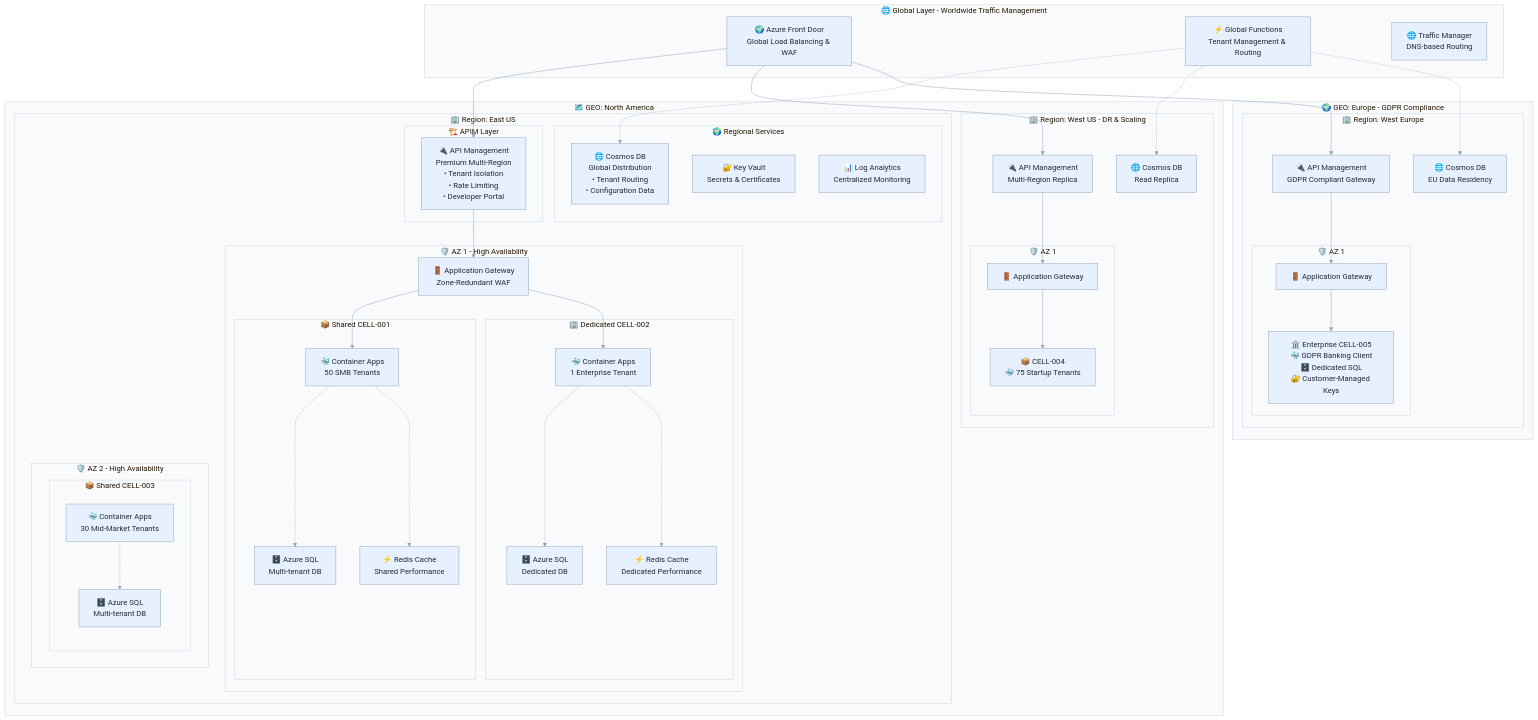
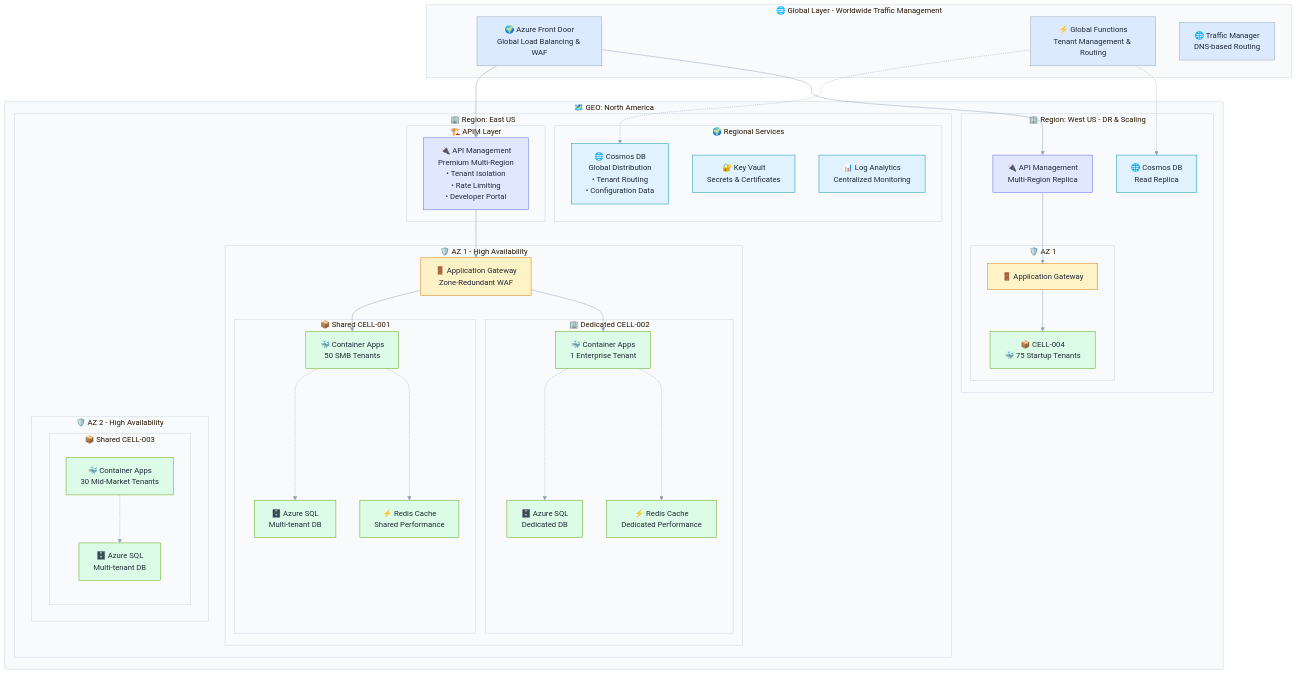
One commit to srnichols/StampsPattern changed the diagram in README.md. Above: the diagram before and after it, drawn with Mermaid.

Commit message:
docs(readme): remove Europe/GDPR block from Architecture at a Glance and color-code layers in diagram

````diff
--- a/README.md
+++ b/README.md
@@ -28,6 +28,12 @@
 ```mermaid
 %%{init: {"theme":"base","themeVariables":{"background":"transparent","primaryColor":"#E6F0FF","primaryTextColor":"#1F2937","primaryBorderColor":"#94A3B8","lineColor":"#94A3B8","secondaryColor":"#F3F4F6","tertiaryColor":"#DBEAFE","clusterBkg":"#F8FAFC","clusterBorder":"#CBD5E1","edgeLabelBackground":"#F8FAFC","fontFamily":"Segoe UI, Roboto, Helvetica, Arial, sans-serif"}} }%%
 flowchart TB
+    %% Layer colors
+    classDef global fill:#DBEAFE,stroke:#94A3B8,color:#1F2937;
+    classDef apim fill:#E0E7FF,stroke:#6366F1,color:#1F2937;
+    classDef az fill:#FEF3C7,stroke:#D97706,color:#1F2937;
+    classDef cell fill:#DCFCE7,stroke:#65A30D,color:#1F2937;
+    classDef region fill:#E0F2FE,stroke:#0891B2,color:#1F2937;
     subgraph "🌐 Global Layer - Worldwide Traffic Management"
         FD[🌍 Azure Front Door<br/>Global Load Balancing & WAF]
         GF[⚡ Global Functions<br/>Tenant Management & Routing]
@@ -65,7 +71,7 @@
             end
         end
         
-        subgraph "🏢 Region: West US - DR & Scaling"
+    subgraph "🏢 Region: West US - DR & Scaling"
             APIM2[🔌 API Management<br/>Multi-Region Replica]
             subgraph "🛡️ AZ 1"
                 AG2[🚪 Application Gateway]
@@ -75,30 +81,16 @@
         end
     end
     
-    subgraph "🌍 GEO: Europe - GDPR Compliance"
-        subgraph "🏢 Region: West Europe"
-            APIM3[🔌 API Management<br/>GDPR Compliant Gateway]
-            subgraph "🛡️ AZ 1"
-                AG3[🚪 Application Gateway]
-                CELL5[🏛️ Enterprise CELL-005<br/>🐳 GDPR Banking Client<br/>🗄️ Dedicated SQL<br/>🔐 Customer-Managed Keys]
-            end
-            COSMOS3[🌐 Cosmos DB<br/>EU Data Residency]
-        end
-    end
-    
     %% Traffic Flow
     FD --> APIM1
     FD --> APIM2
-    FD --> APIM3
     
     APIM1 --> AG1
     APIM2 --> AG2
-    APIM3 --> AG3
     
     AG1 --> CA1
     AG1 --> CA2
     AG2 --> CELL4
-    AG3 --> CELL5
     
     %% Data Layer Connections
     CA1 -.-> SQL1
@@ -110,7 +102,11 @@
     
     GF -.-> COSMOS1
     GF -.-> COSMOS2
-    GF -.-> COSMOS3
-    
-    %% Styling removed to match default scheme
+
+    %% Apply layer classes
+    class FD,GF,TM global;
+    class APIM1,APIM2 apim;
+    class AG1,AG2 az;
+    class CA1,SQL1,REDIS1,CA2,SQL2,REDIS2,CA3,SQL3,CELL4 cell;
+    class COSMOS1,KV1,LA1,COSMOS2 region;
 ```
````
